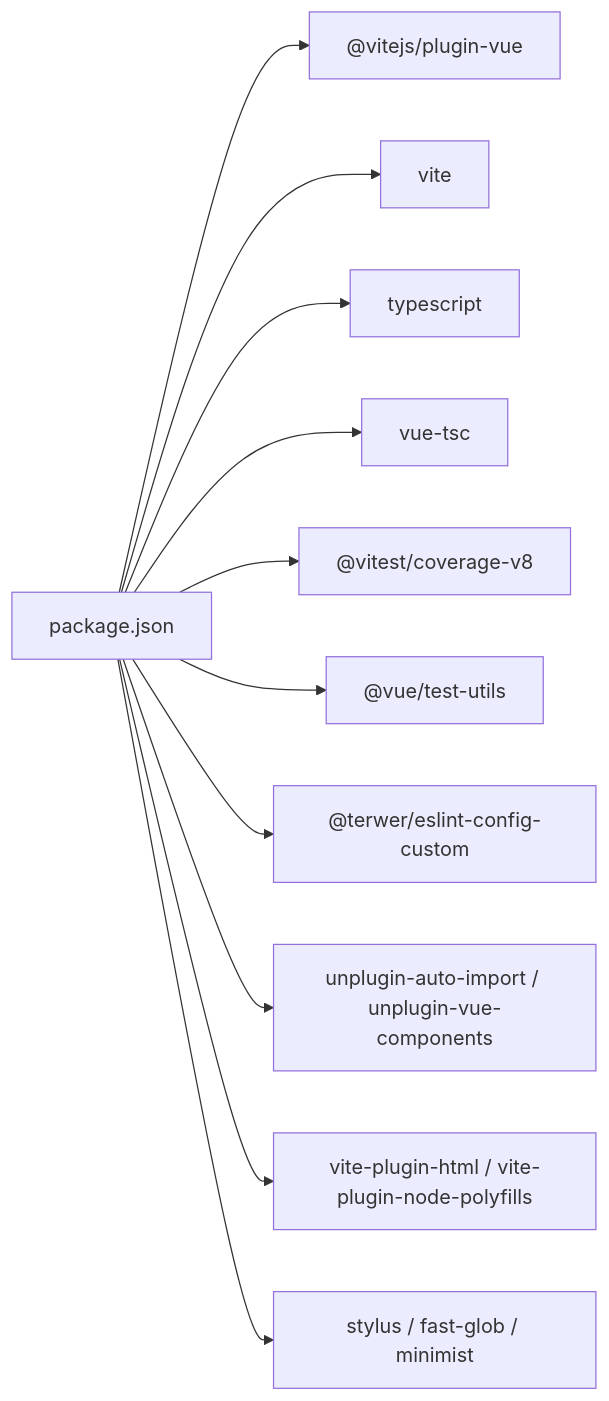
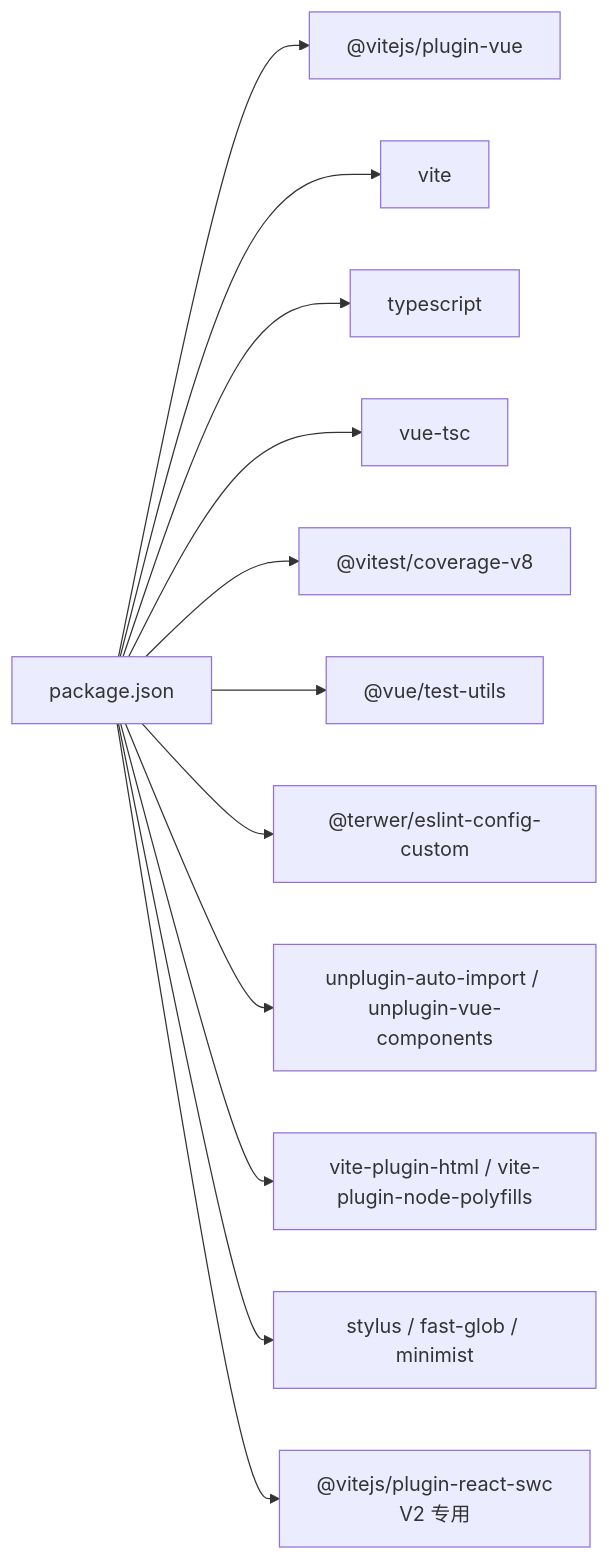
The seventh of 7 diagrams in .qoder/repowiki/zh/content/开发指南/开发指南.md (terwer/siyuan-plugin-publisher), drawn with Mermaid before and after one commit. The commit also changed other lines of this file and 12 other files, not shown here.

````diff
--- a/.qoder/repowiki/zh/content/开发指南/开发指南.md
+++ b/.qoder/repowiki/zh/content/开发指南/开发指南.md
@@ -270,13 +428,14 @@
 ```mermaid
 graph LR
 P["package.json"] --> D1["@vitejs/plugin-vue"]
 P --> D2["vite"]
 P --> D3["typescript"]
 P --> D4["vue-tsc"]
 P --> D5["@vitest/coverage-v8"]
 P --> D6["@vue/test-utils"]
 P --> D7["@terwer/eslint-config-custom"]
 P --> D8["unplugin-auto-import / unplugin-vue-components"]
 P --> D9["vite-plugin-html / vite-plugin-node-polyfills"]
 P --> D10["stylus / fast-glob / minimist"]
+P --> D11["@vitejs/plugin-react-swc<br/>V2 专用"]
 ```
````
